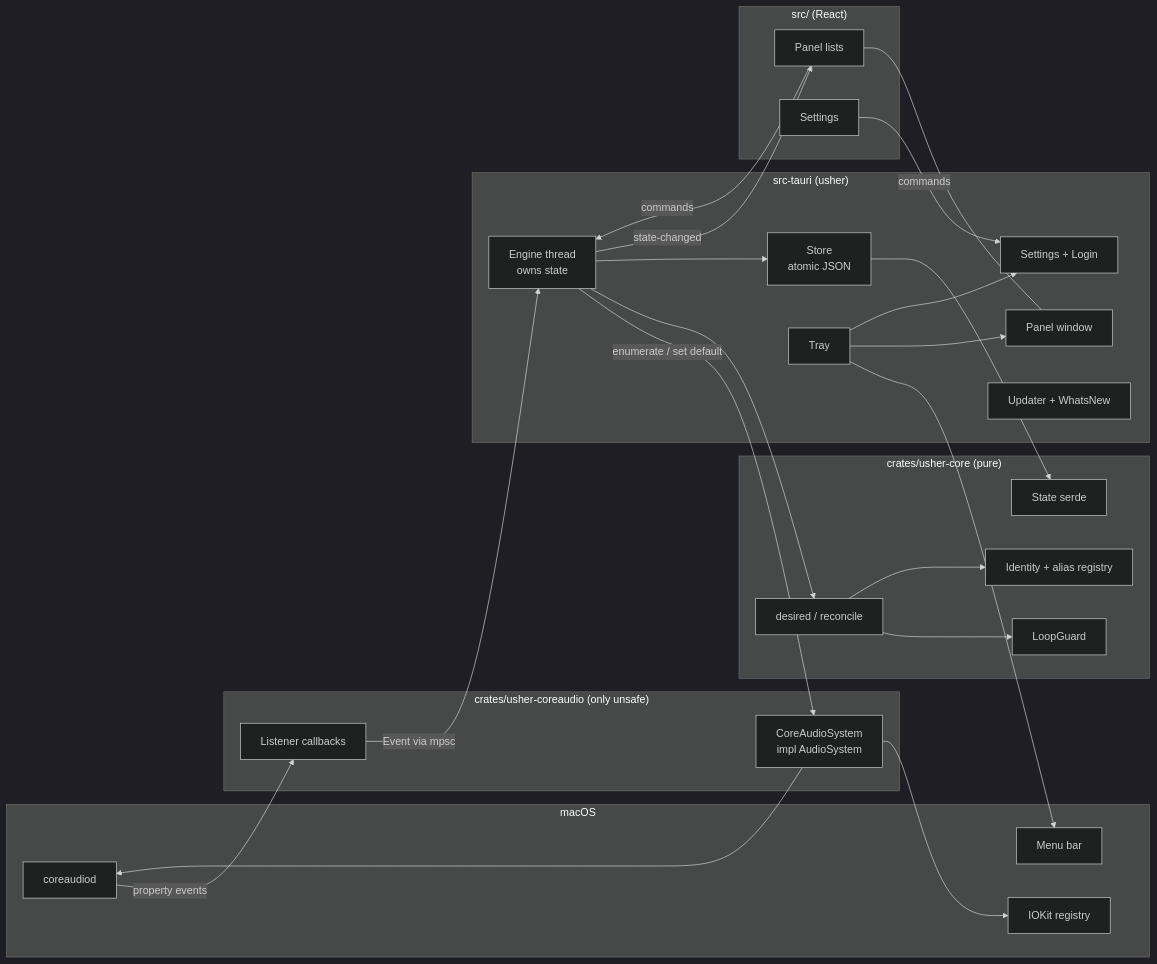
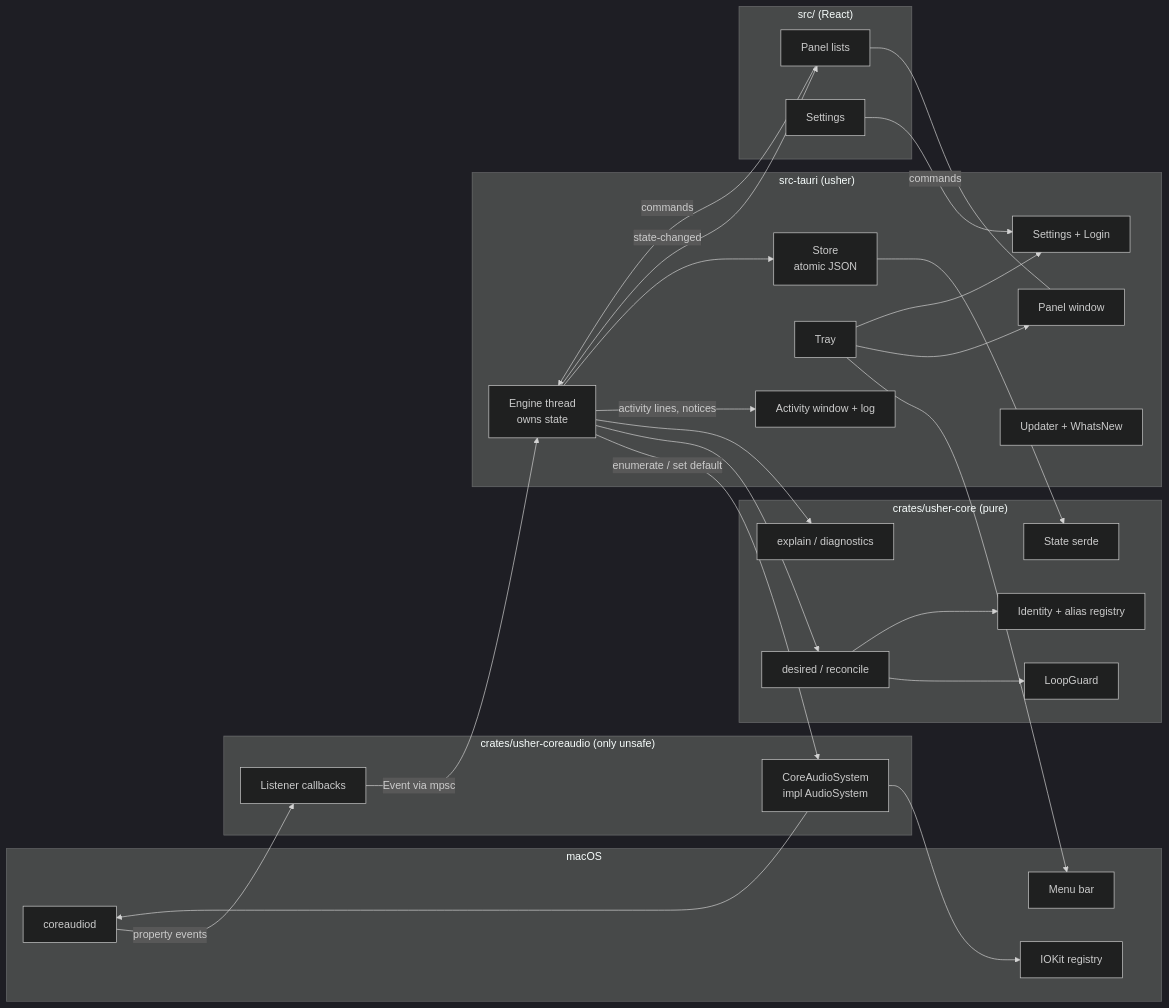
One commit to cef62/usher changed the first of 5 diagrams in docs/architecture/overview.md. Above: the diagram before and after it, drawn with Mermaid (dark theme). The commit also changed 20 other files, not shown here.

````diff
--- a/docs/architecture/overview.md
+++ b/docs/architecture/overview.md
@@ -7,52 +7,56 @@
 ```mermaid
 flowchart LR
   subgraph macOS
     CA[coreaudiod]
     IOK[IOKit registry]
     TRAY[Menu bar]
   end
 
   subgraph coreaudio["crates/usher-coreaudio (only unsafe)"]
     SYS[CoreAudioSystem<br/>impl AudioSystem]
     LIS[Listener callbacks]
   end
 
   subgraph core["crates/usher-core (pure)"]
     POL[desired / reconcile]
     GUARD[LoopGuard]
     ID[Identity + alias registry]
     ST[State serde]
+    ACTV[explain / diagnostics]
   end
 
   subgraph app["src-tauri (usher)"]
     ENG[Engine thread<br/>owns state]
     STORE[Store<br/>atomic JSON]
     TRAYW[Tray]
     PW[Panel window]
     SL[Settings + Login]
     UPD[Updater + WhatsNew]
+    ACT[Activity window + log]
   end
 
   subgraph ui["src/ (React)"]
     PANEL[Panel lists]
     SET[Settings]
   end
 
   CA -- property events --> LIS
   LIS -- Event via mpsc --> ENG
   ENG -- enumerate / set default --> SYS
   SYS --> CA
   SYS --> IOK
   ENG --> POL
   POL --> GUARD
   POL --> ID
+  ENG --> ACTV
+  ENG -- activity lines, notices --> ACT
   ENG --> STORE
   STORE --> ST
   ENG -- state-changed --> PANEL
   PANEL -- commands --> ENG
   TRAYW --> TRAY
   TRAYW --> PW
   TRAYW --> SL
   PANEL --- PW
   SET -- commands --> SL
 ```
````
